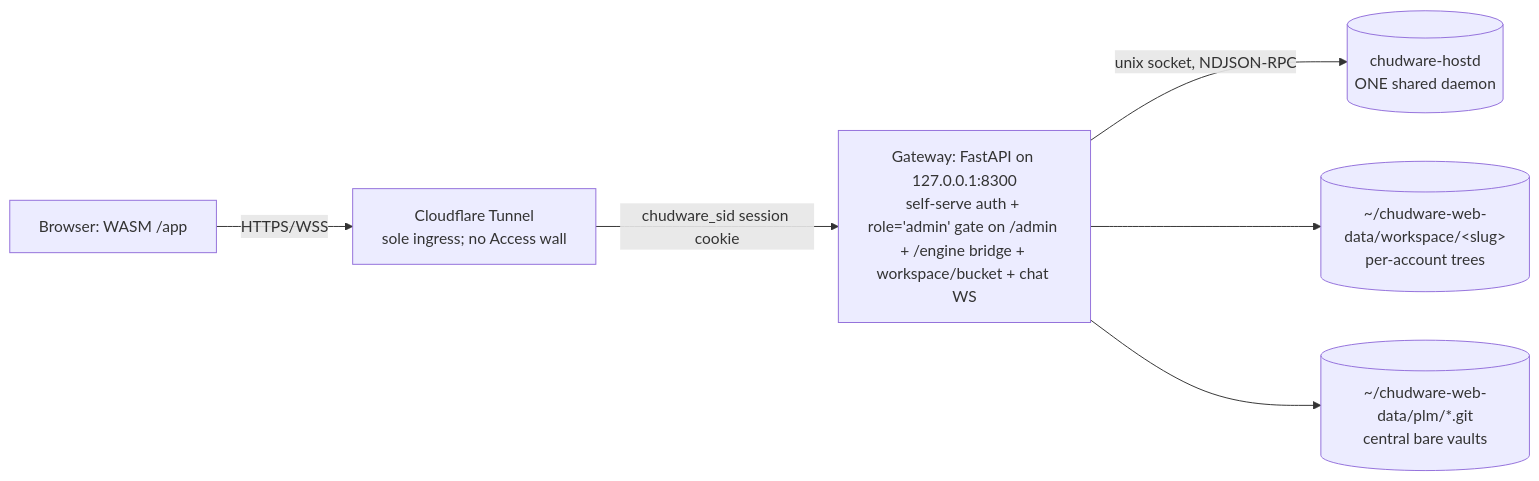
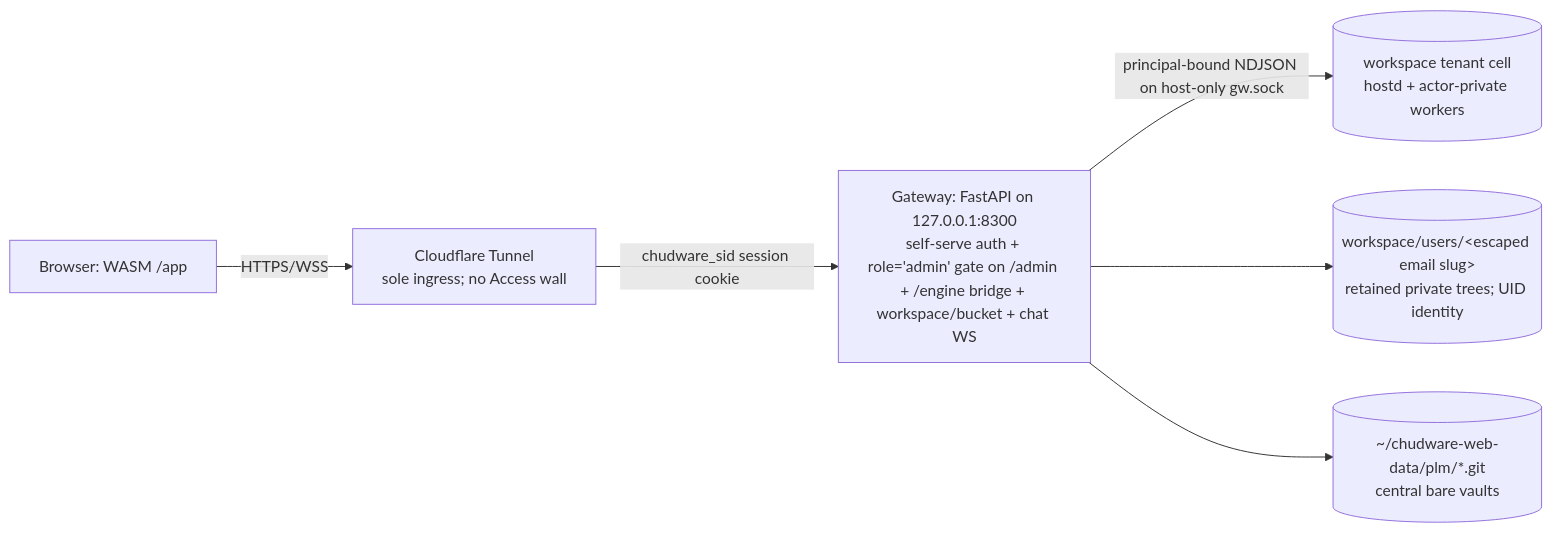
The diagram in Webservice/DESIGN.md (Hunter-124/Chudware), drawn with Mermaid before and after one commit. The commit also changed other lines of this file and 844 other files, not shown here.

First line of the commit message:
security: tenant-cell web boundary, identity/billing fixes, release hardening

````diff
--- a/Webservice/DESIGN.md
+++ b/Webservice/DESIGN.md
@@ -13,8 +14,8 @@
 ```mermaid
 flowchart LR
   B[Browser: WASM /app] -->|HTTPS/WSS| CF[Cloudflare Tunnel\nsole ingress; no Access wall]
   CF -->|chudware_sid session cookie| GW[Gateway: FastAPI on 127.0.0.1:8300\nself-serve auth + role='admin' gate on /admin + /engine bridge + workspace/bucket + chat WS]
-  GW -->|unix socket, NDJSON-RPC| WD[(chudware-hostd\nONE shared daemon)]
-  GW --> WS[(~/chudware-web-data/workspace/&lt;slug&gt;\nper-account trees)]
+  GW -->|principal-bound NDJSON on host-only gw.sock| WD[(workspace tenant cell\nhostd + actor-private workers)]
+  GW --> WS[(workspace/users/&lt;escaped email slug&gt;\nretained private trees; UID identity)]
   GW --> PLM[(~/chudware-web-data/plm/*.git\ncentral bare vaults)]
 ```
````
